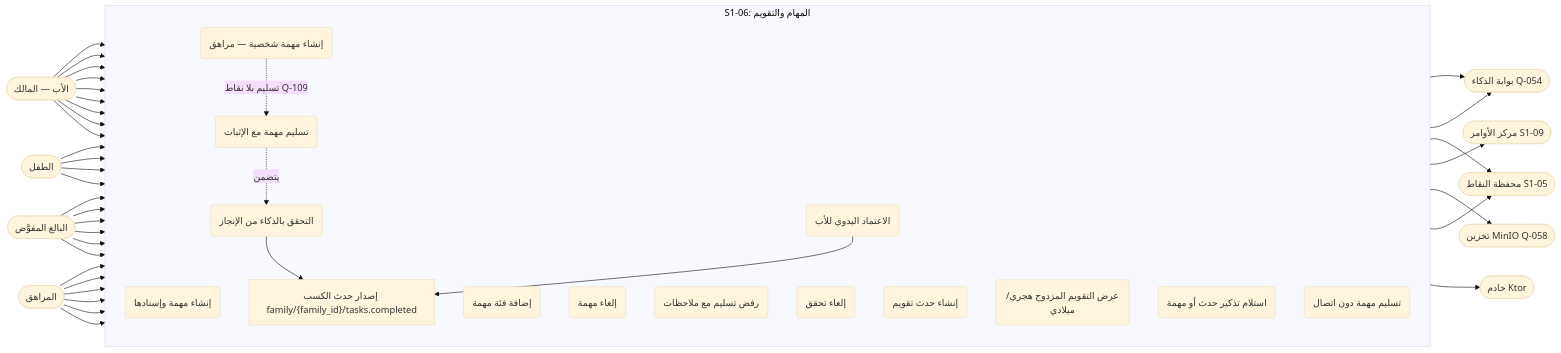
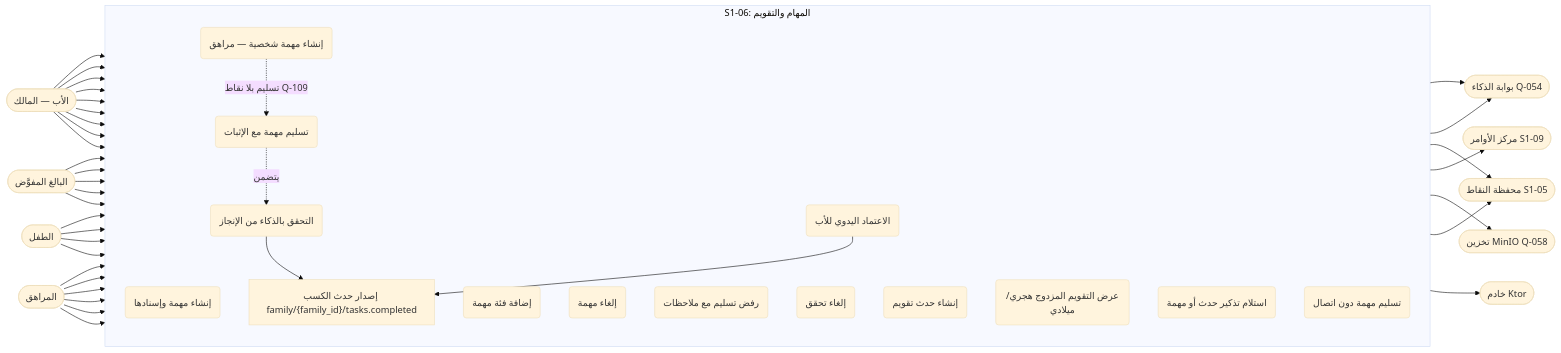
One commit to Bassam-mohammed-alqaeadi/family-os-v2 changed the first of 12 diagrams in docs/family-os/governance/phases/phase-1/S1-06-tasks-and-calendar/DIAGRAMS.md. Above: the diagram before and after it, drawn with Mermaid (base theme). The commit also changed other lines of this file and 1 other file, not shown here.

````diff
--- a/docs/family-os/governance/phases/phase-1/S1-06-tasks-and-calendar/DIAGRAMS.md
+++ b/docs/family-os/governance/phases/phase-1/S1-06-tasks-and-calendar/DIAGRAMS.md
@@ -14,67 +14,66 @@
 ```mermaid
 flowchart LR
     Father([الأب — المالك])
     Adult([البالغ المفوَّض])
     Child([الطفل])
     Teen([المراهق])
     AI([بوابة الذكاء Q-054])
     Server([خادم Ktor])
     S105([محفظة النقاط S1-05])
     S109([مركز الأوامر S1-09])
     MinIO([تخزين MinIO Q-058])
 
     subgraph S106 [S1-06: المهام والتقويم]
         direction TB
         UC1(إنشاء مهمة وإسنادها)
         UC2(إضافة فئة مهمة)
         UC3(إلغاء مهمة)
         UC4(تسليم مهمة مع الإثبات)
         UC5(التحقق بالذكاء من الإنجاز)
         UC6(الاعتماد اليدوي للأب)
         UC7(رفض تسليم مع ملاحظات)
         UC8(إلغاء تحقق)
         UC9(إنشاء حدث تقويم)
         UC10(عرض التقويم المزدوج هجري/ميلادي)
         UC11(استلام تذكير حدث أو مهمة)
         UC12(إنشاء مهمة شخصية — مراهق)
         UC13(تسليم مهمة دون اتصال)
         UC14["إصدار حدث الكسب family/{family_id}/tasks.completed"]
     end
 
     Father --> UC1
     Father --> UC2
     Father --> UC3
     Father --> UC6
     Father --> UC7
     Father --> UC8
     Father --> UC9
     Adult --> UC1
     Adult --> UC3
     Adult --> UC6
     Adult --> UC9
     Child --> UC4
     Child --> UC10
     Child --> UC11
     Child --> UC13
     Teen --> UC4
     Teen --> UC10
     Teen --> UC11
     Teen --> UC12
     Teen --> UC13
     Teen --> UC3
     Father --> UC10
     Father --> UC11
     Adult --> UC10
-    Adult --> UC11
     UC4 -.->|يتضمن| UC5
     UC4 --> AI
     UC5 --> AI
     UC5 --> UC14
     UC6 --> UC14
     UC14 --> S105
     UC4 --> S109
     UC5 --> MinIO
     UC8 --> S105
     UC13 --> Server
     UC12 -.->|تسليم بلا نقاط Q-109| UC4
 ```
````
